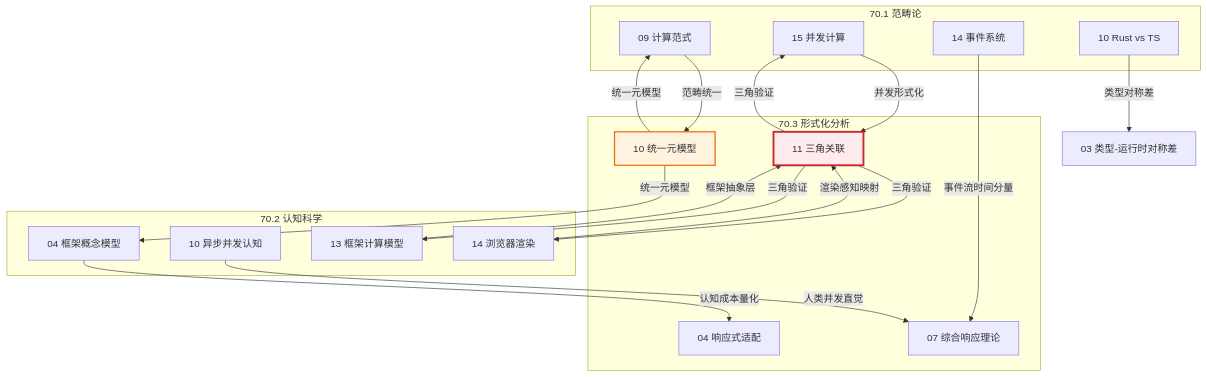
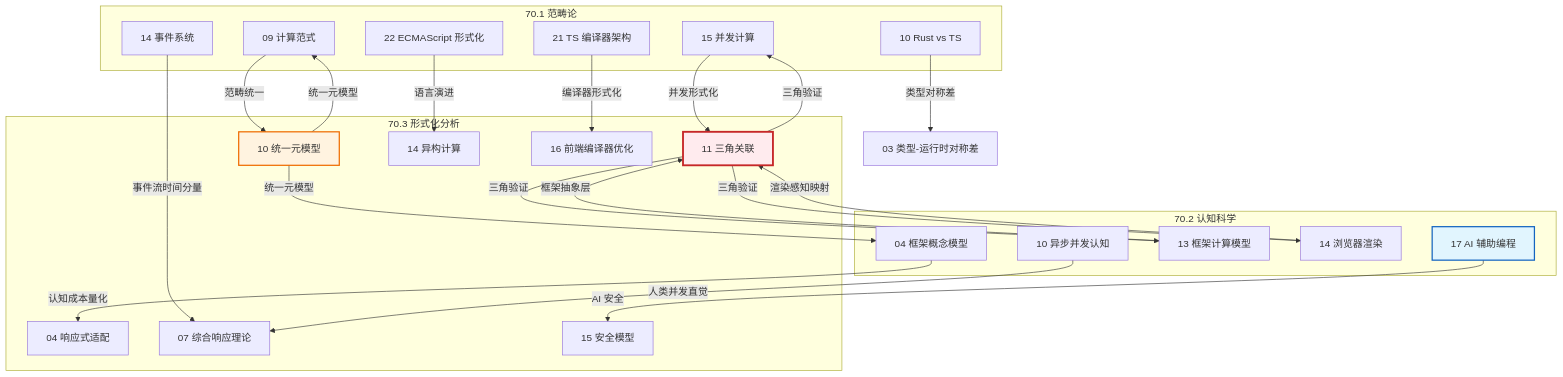
One commit to AdaMartin18010/JavaScriptTypeScript changed the fifth of 9 diagrams in 70-theoretical-foundations/KNOWLEDGE_GRAPH.md. Above: the diagram before and after it, drawn with Mermaid. The commit also changed other lines of this file and 64 other files, not shown here.

````diff
--- a/70-theoretical-foundations/KNOWLEDGE_GRAPH.md
+++ b/70-theoretical-foundations/KNOWLEDGE_GRAPH.md
@@ -143,42 +163,52 @@
 ```mermaid
 graph TB
     subgraph CT["70.1 范畴论"]
         c09["09 计算范式"]
         c10["10 Rust vs TS"]
         c14["14 事件系统"]
         c15["15 并发计算"]
+        c21["21 TS 编译器架构"]
+        c22["22 ECMAScript 形式化"]
     end
 
     subgraph CG["70.2 认知科学"]
         g04["04 框架概念模型"]
         g10["10 异步并发认知"]
         g13["13 框架计算模型"]
         g14["14 浏览器渲染"]
+        g17["17 AI 辅助编程"]
     end
 
     subgraph FM["70.3 形式化分析"]
         f04["04 响应式适配"]
         f07["07 综合响应理论"]
         f10["10 统一元模型"]
         f11["11 三角关联"]
+        f14["14 异构计算"]
+        f15["15 安全模型"]
+        f16["16 前端编译器优化"]
     end
 
     c09 -->|"范畴统一"| f10
     c10 -->|"类型对称差"| f03["03 类型-运行时对称差"]
     c14 -->|"事件流时间分量"| f07
     c15 -->|"并发形式化"| f11
+    c21 -->|"编译器形式化"| f16
+    c22 -->|"语言演进"| f14
 
     g04 -->|"认知成本量化"| f04
     g10 -->|"人类并发直觉"| f07
     g13 -->|"框架抽象层"| f11
     g14 -->|"渲染感知映射"| f11
+    g17 -->|"AI 安全"| f15
 
     f10 -->|"统一元模型"| c09
     f10 -->|"统一元模型"| g04
     f11 -->|"三角验证"| g13
     f11 -->|"三角验证"| g14
     f11 -->|"三角验证"| c15
 
     style f11 fill:#ffebee,stroke:#c62828,stroke-width:3px
     style f10 fill:#fff3e0,stroke:#ef6c00,stroke-width:2px
+    style g17 fill:#e1f5fe,stroke:#1565c0,stroke-width:2px
 ```
````
